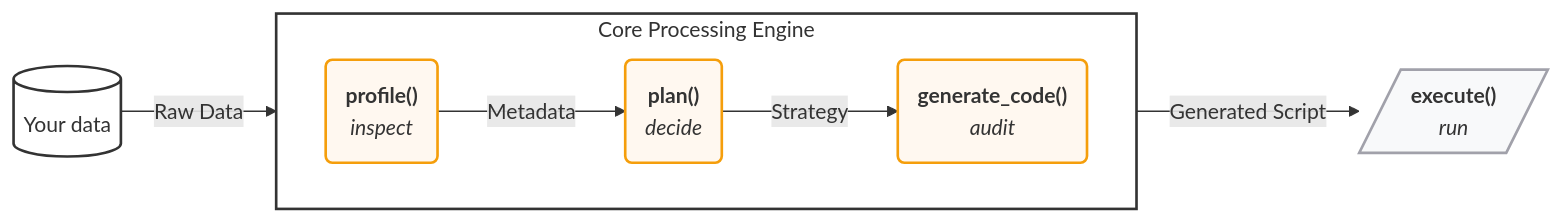
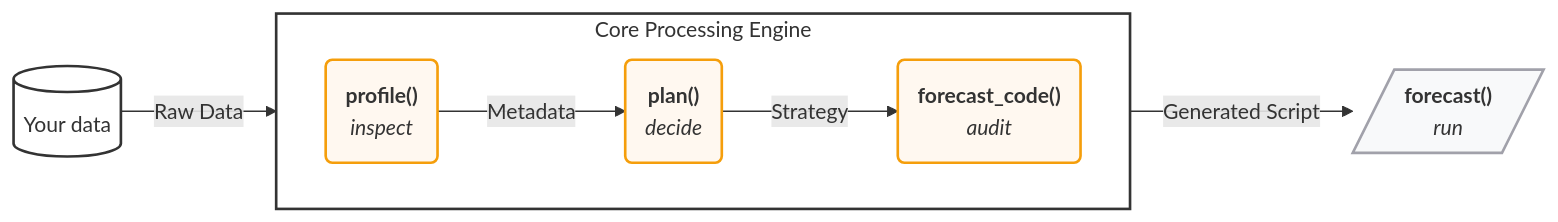
Before and after one commit to skforecast/skforecast-ai: the diagram in README.md, drawn with Mermaid. The commit also changed other lines of this file and 61 other files, not shown here.

````diff
--- a/README.md
+++ b/README.md
@@ -81,23 +129,23 @@
 ```mermaid
 flowchart LR
     %% Input
     A[("Your data")]:::data -->|Raw Data| B
 
     %% Core Pipeline Grouping
     subgraph Engine ["Core Processing Engine"]
         direction LR
         B("`**profile()**<br/>*inspect*`"):::stage -->|Metadata| C("`**plan()**<br/>*decide*`"):::stage
-        C -->|Strategy| D("`**generate_code()**<br/>*audit*`"):::stage
+        C -->|Strategy| D("`**forecast_code()**<br/>*audit*`"):::stage
     end
 
     %% Output
-    D -->|Generated Script| E[/"`**execute()**<br/>*run*`"/]:::output
+    D -->|Generated Script| E[/"`**forecast()**<br/>*run*`"/]:::output
 
     %% Styling (Based on uploaded skforecast architecture image)
     classDef data    fill:#ffffff,stroke:#333333,stroke-width:2px,color:#333333
     classDef stage   fill:#fff8f0,stroke:#f59e0b,stroke-width:2px,color:#333333
     classDef output  fill:#f8f9fa,stroke:#a1a1aa,stroke-width:2px,color:#333333
     
     %% Subgraph Styling
     style Engine fill:transparent,stroke:#333333,stroke-width:2px,color:#333333
 ```
````
